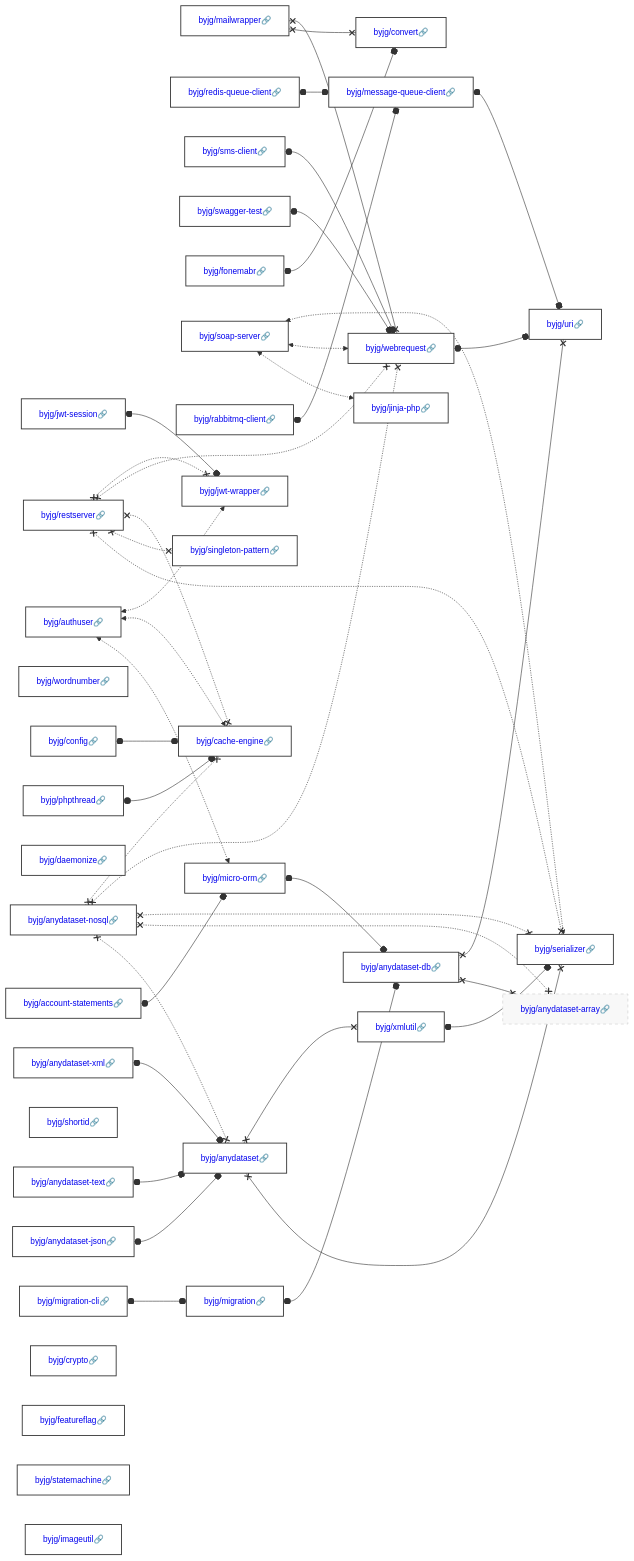
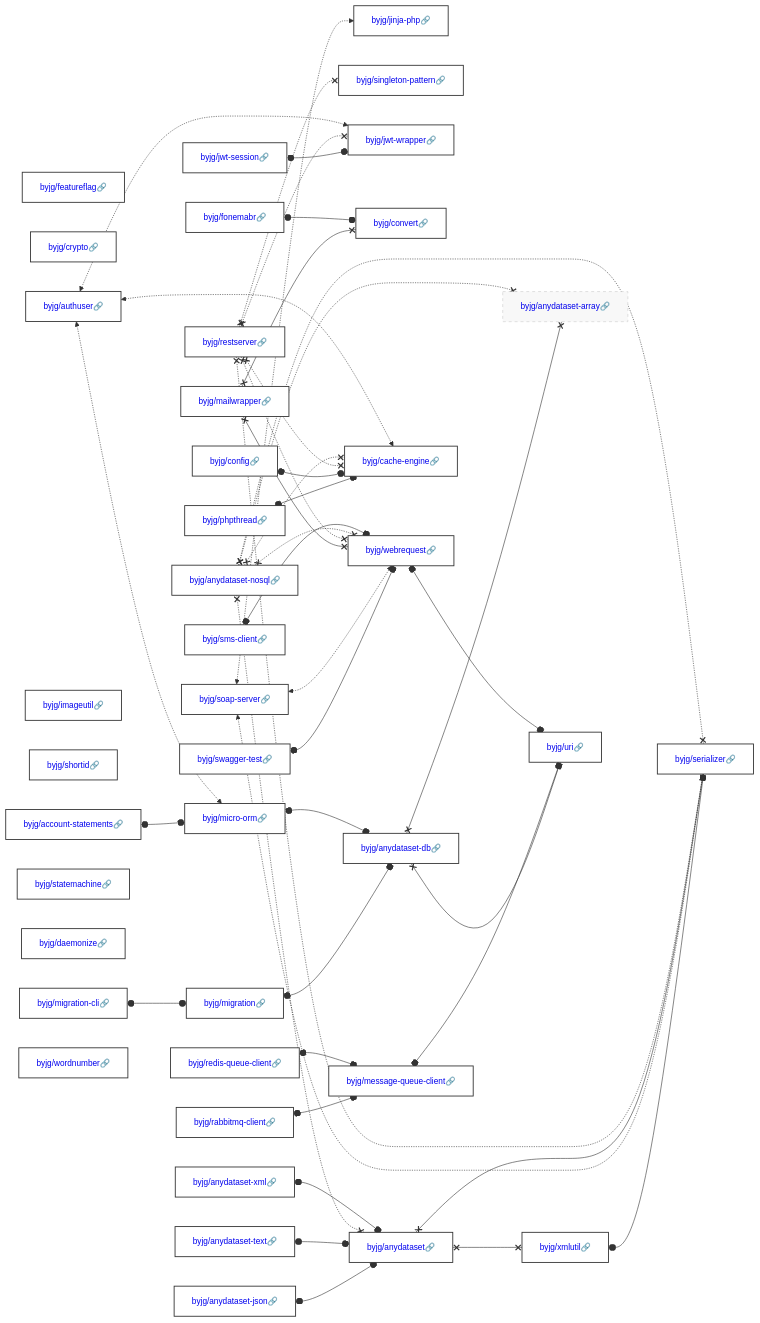
One commit to byjg/byjg.github.io changed the diagram in docs/php/README.md. Above: the diagram before and after it, drawn with Mermaid. The commit also changed other lines of this file and 1 other file, not shown here.

Commit message:
Update documentation 'php' 'php-xmlutil'

````diff
--- a/docs/php/README.md
+++ b/docs/php/README.md
@@ -3,39 +3,39 @@
 ```mermaid
 graph LR;
+  byjg/featureflag[<a href='https://opensource.byjg.com/docs/php/featureflag' style='text-decoration:none'>byjg/featureflag🔗</a>];
+  byjg/redis-queue-client[<a href='https://opensource.byjg.com/docs/php/redis-queue-client' style='text-decoration:none'>byjg/redis-queue-client🔗</a>];
+  byjg/crypto[<a href='https://opensource.byjg.com/docs/php/crypto' style='text-decoration:none'>byjg/crypto🔗</a>];
+  byjg/swagger-test[<a href='https://opensource.byjg.com/docs/php/swagger-test' style='text-decoration:none'>byjg/swagger-test🔗</a>];
+  byjg/soap-server[<a href='https://opensource.byjg.com/docs/php/soap-server' style='text-decoration:none'>byjg/soap-server🔗</a>];
+  byjg/jwt-session[<a href='https://opensource.byjg.com/docs/php/jwt-session' style='text-decoration:none'>byjg/jwt-session🔗</a>];
   byjg/mailwrapper[<a href='https://opensource.byjg.com/docs/php/mailwrapper' style='text-decoration:none'>byjg/mailwrapper🔗</a>];
+  byjg/anydataset-text[<a href='https://opensource.byjg.com/docs/php/anydataset-text' style='text-decoration:none'>byjg/anydataset-text🔗</a>];
+  byjg/sms-client[<a href='https://opensource.byjg.com/docs/php/sms-client' style='text-decoration:none'>byjg/sms-client🔗</a>];
+  byjg/migration-cli[<a href='https://opensource.byjg.com/docs/php/migration-cli' style='text-decoration:none'>byjg/migration-cli🔗</a>];
+  byjg/imageutil[<a href='https://opensource.byjg.com/docs/php/imageutil' style='text-decoration:none'>byjg/imageutil🔗</a>];
+  byjg/shortid[<a href='https://opensource.byjg.com/docs/php/shortid' style='text-decoration:none'>byjg/shortid🔗</a>];
+  byjg/authuser[<a href='https://opensource.byjg.com/docs/php/authuser' style='text-decoration:none'>byjg/authuser🔗</a>];
+  byjg/restserver[<a href='https://opensource.byjg.com/docs/php/restserver' style='text-decoration:none'>byjg/restserver🔗</a>];
+  byjg/anydataset-json[<a href='https://opensource.byjg.com/docs/php/anydataset-json' style='text-decoration:none'>byjg/anydataset-json🔗</a>];
+  byjg/fonemabr[<a href='https://opensource.byjg.com/docs/php/fonemabr' style='text-decoration:none'>byjg/fonemabr🔗</a>];
+  byjg/anydataset-xml[<a href='https://opensource.byjg.com/docs/php/anydataset-xml' style='text-decoration:none'>byjg/anydataset-xml🔗</a>];
+  byjg/anydataset-nosql[<a href='https://opensource.byjg.com/docs/php/anydataset-nosql' style='text-decoration:none'>byjg/anydataset-nosql🔗</a>];
+  byjg/statemachine[<a href='https://opensource.byjg.com/docs/php/statemachine' style='text-decoration:none'>byjg/statemachine🔗</a>];
+  byjg/daemonize[<a href='https://opensource.byjg.com/docs/php/daemonize' style='text-decoration:none'>byjg/daemonize🔗</a>];
+  byjg/account-statements[<a href='https://opensource.byjg.com/docs/php/account-statements' style='text-decoration:none'>byjg/account-statements🔗</a>];
   byjg/phpthread[<a href='https://opensource.byjg.com/docs/php/phpthread' style='text-decoration:none'>byjg/phpthread🔗</a>];
-  byjg/anydataset-xml[<a href='https://opensource.byjg.com/docs/php/anydataset-xml' style='text-decoration:none'>byjg/anydataset-xml🔗</a>];
-  byjg/authuser[<a href='https://opensource.byjg.com/docs/php/authuser' style='text-decoration:none'>byjg/authuser🔗</a>];
+  byjg/config[<a href='https://opensource.byjg.com/docs/php/config' style='text-decoration:none'>byjg/config🔗</a>];
+  byjg/rabbitmq-client[<a href='https://opensource.byjg.com/docs/php/rabbitmq-client' style='text-decoration:none'>byjg/rabbitmq-client🔗</a>];
   byjg/wordnumber[<a href='https://opensource.byjg.com/docs/php/wordnumber' style='text-decoration:none'>byjg/wordnumber🔗</a>];
-  byjg/redis-queue-client[<a href='https://opensource.byjg.com/docs/php/redis-queue-client' style='text-decoration:none'>byjg/redis-queue-client🔗</a>];
-  byjg/restserver[<a href='https://opensource.byjg.com/docs/php/restserver' style='text-decoration:none'>byjg/restserver🔗</a>];
-  byjg/config[<a href='https://opensource.byjg.com/docs/php/config' style='text-decoration:none'>byjg/config🔗</a>];
-  byjg/daemonize[<a href='https://opensource.byjg.com/docs/php/daemonize' style='text-decoration:none'>byjg/daemonize🔗</a>];
-  byjg/migration-cli[<a href='https://opensource.byjg.com/docs/php/migration-cli' style='text-decoration:none'>byjg/migration-cli🔗</a>];
-  byjg/jwt-session[<a href='https://opensource.byjg.com/docs/php/jwt-session' style='text-decoration:none'>byjg/jwt-session🔗</a>];
-  byjg/sms-client[<a href='https://opensource.byjg.com/docs/php/sms-client' style='text-decoration:none'>byjg/sms-client🔗</a>];
-  byjg/anydataset-json[<a href='https://opensource.byjg.com/docs/php/anydataset-json' style='text-decoration:none'>byjg/anydataset-json🔗</a>];
-  byjg/shortid[<a href='https://opensource.byjg.com/docs/php/shortid' style='text-decoration:none'>byjg/shortid🔗</a>];
-  byjg/anydataset-text[<a href='https://opensource.byjg.com/docs/php/anydataset-text' style='text-decoration:none'>byjg/anydataset-text🔗</a>];
-  byjg/anydataset-nosql[<a href='https://opensource.byjg.com/docs/php/anydataset-nosql' style='text-decoration:none'>byjg/anydataset-nosql🔗</a>];
-  byjg/account-statements[<a href='https://opensource.byjg.com/docs/php/account-statements' style='text-decoration:none'>byjg/account-statements🔗</a>];
-  byjg/swagger-test[<a href='https://opensource.byjg.com/docs/php/swagger-test' style='text-decoration:none'>byjg/swagger-test🔗</a>];
-  byjg/fonemabr[<a href='https://opensource.byjg.com/docs/php/fonemabr' style='text-decoration:none'>byjg/fonemabr🔗</a>];
-  byjg/crypto[<a href='https://opensource.byjg.com/docs/php/crypto' style='text-decoration:none'>byjg/crypto🔗</a>];
-  byjg/featureflag[<a href='https://opensource.byjg.com/docs/php/featureflag' style='text-decoration:none'>byjg/featureflag🔗</a>];
-  byjg/soap-server[<a href='https://opensource.byjg.com/docs/php/soap-server' style='text-decoration:none'>byjg/soap-server🔗</a>];
-  byjg/statemachine[<a href='https://opensource.byjg.com/docs/php/statemachine' style='text-decoration:none'>byjg/statemachine🔗</a>];
-  byjg/rabbitmq-client[<a href='https://opensource.byjg.com/docs/php/rabbitmq-client' style='text-decoration:none'>byjg/rabbitmq-client🔗</a>];
-  byjg/imageutil[<a href='https://opensource.byjg.com/docs/php/imageutil' style='text-decoration:none'>byjg/imageutil🔗</a>];
+  byjg/jinja-php[<a href='https://opensource.byjg.com/docs/php/jinja-php' style='text-decoration:none'>byjg/jinja-php🔗</a>];
+  byjg/migration[<a href='https://opensource.byjg.com/docs/php/migration' style='text-decoration:none'>byjg/migration🔗</a>];
   byjg/singleton-pattern[<a href='https://opensource.byjg.com/docs/php/singleton-pattern' style='text-decoration:none'>byjg/singleton-pattern🔗</a>];
-  byjg/migration[<a href='https://opensource.byjg.com/docs/php/migration' style='text-decoration:none'>byjg/migration🔗</a>];
   byjg/jwt-wrapper[<a href='https://opensource.byjg.com/docs/php/jwt-wrapper' style='text-decoration:none'>byjg/jwt-wrapper🔗</a>];
+  byjg/convert[<a href='https://opensource.byjg.com/docs/php/convert' style='text-decoration:none'>byjg/convert🔗</a>];
   byjg/anydataset[<a href='https://opensource.byjg.com/docs/php/anydataset' style='text-decoration:none'>byjg/anydataset🔗</a>];
+  byjg/webrequest[<a href='https://opensource.byjg.com/docs/php/webrequest' style='text-decoration:none'>byjg/webrequest🔗</a>];
+  byjg/micro-orm[<a href='https://opensource.byjg.com/docs/php/micro-orm' style='text-decoration:none'>byjg/micro-orm🔗</a>];
   byjg/cache-engine[<a href='https://opensource.byjg.com/docs/php/cache-engine' style='text-decoration:none'>byjg/cache-engine🔗</a>];
-  byjg/micro-orm[<a href='https://opensource.byjg.com/docs/php/micro-orm' style='text-decoration:none'>byjg/micro-orm🔗</a>];
-  byjg/convert[<a href='https://opensource.byjg.com/docs/php/convert' style='text-decoration:none'>byjg/convert🔗</a>];
-  byjg/jinja-php[<a href='https://opensource.byjg.com/docs/php/jinja-php' style='text-decoration:none'>byjg/jinja-php🔗</a>];
-  byjg/webrequest[<a href='https://opensource.byjg.com/docs/php/webrequest' style='text-decoration:none'>byjg/webrequest🔗</a>];
   byjg/message-queue-client[<a href='https://opensource.byjg.com/docs/php/message-queue-client' style='text-decoration:none'>byjg/message-queue-client🔗</a>];
   byjg/xmlutil[<a href='https://opensource.byjg.com/docs/php/xmlutil' style='text-decoration:none'>byjg/xmlutil🔗</a>];
   byjg/anydataset-db[<a href='https://opensource.byjg.com/docs/php/anydataset-db' style='text-decoration:none'>byjg/anydataset-db🔗</a>];
````
